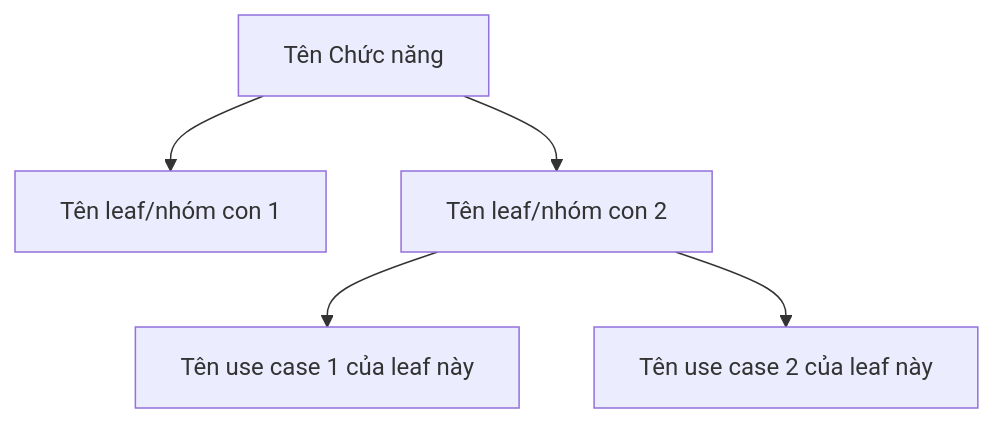
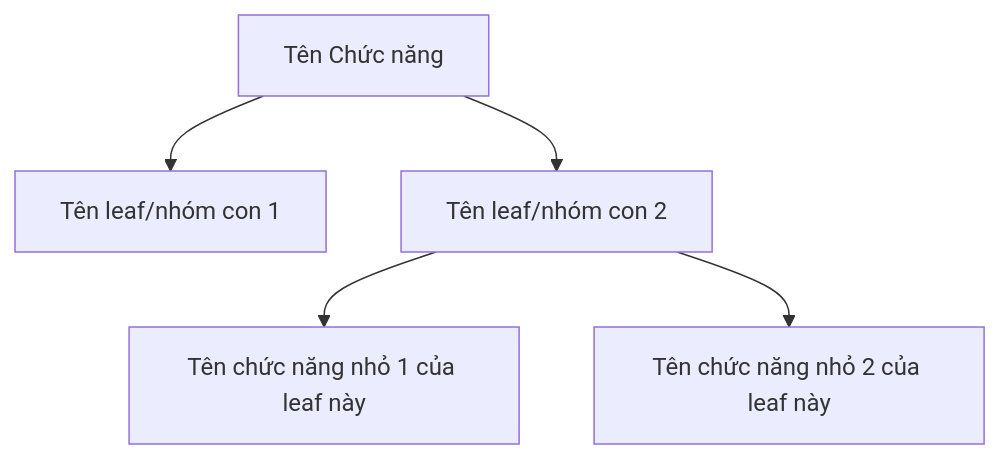
One commit to anhnt3/agent-skills changed the first of 3 diagrams in speckit-extension/templates/srs-template.md. Above: the diagram before and after it, drawn with Mermaid. The commit also changed other lines of this file and 4 other files, not shown here.

````diff
--- a/speckit-extension/templates/srs-template.md
+++ b/speckit-extension/templates/srs-template.md
@@ -66,7 +68,7 @@
 ```mermaid
 flowchart TD
     A[Tên Chức năng] --> B1[Tên leaf/nhóm con 1]
     A --> B2[Tên leaf/nhóm con 2]
-    B2 --> C1[Tên use case 1 của leaf này]
-    B2 --> C2[Tên use case 2 của leaf này]
+    B2 --> C1[Tên chức năng nhỏ 1 của leaf này]
+    B2 --> C2[Tên chức năng nhỏ 2 của leaf này]
 ```
````
